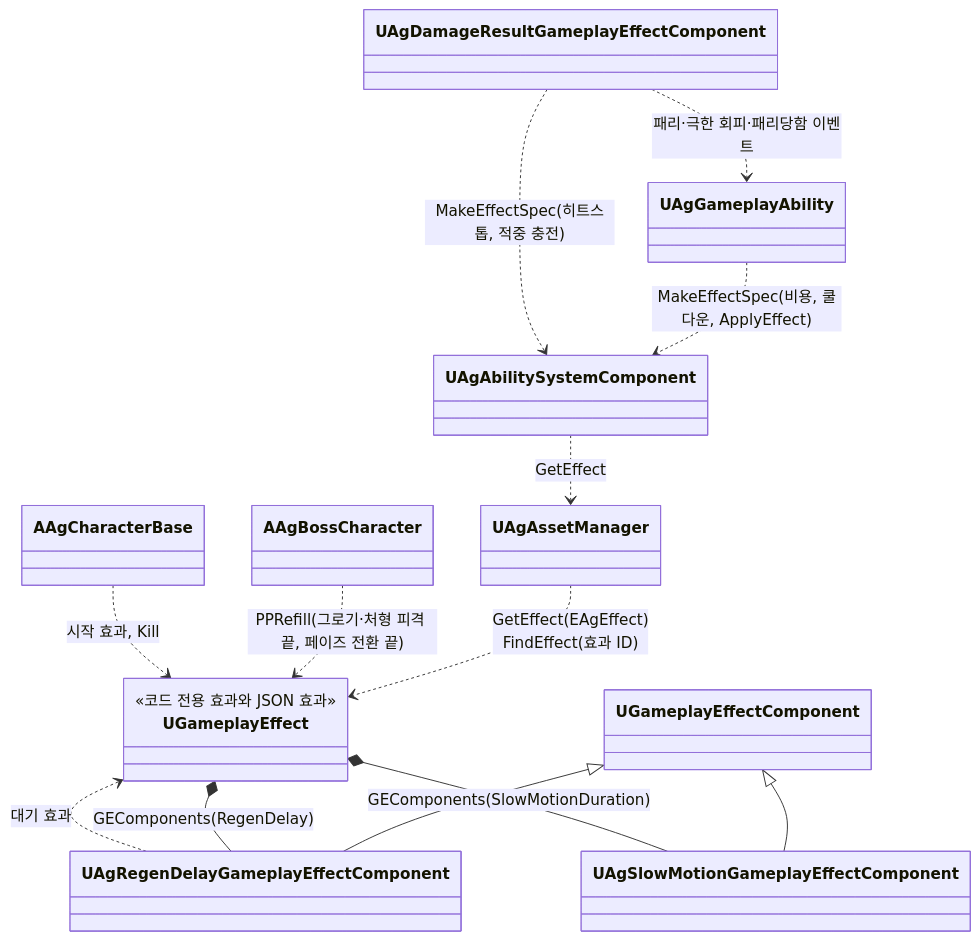
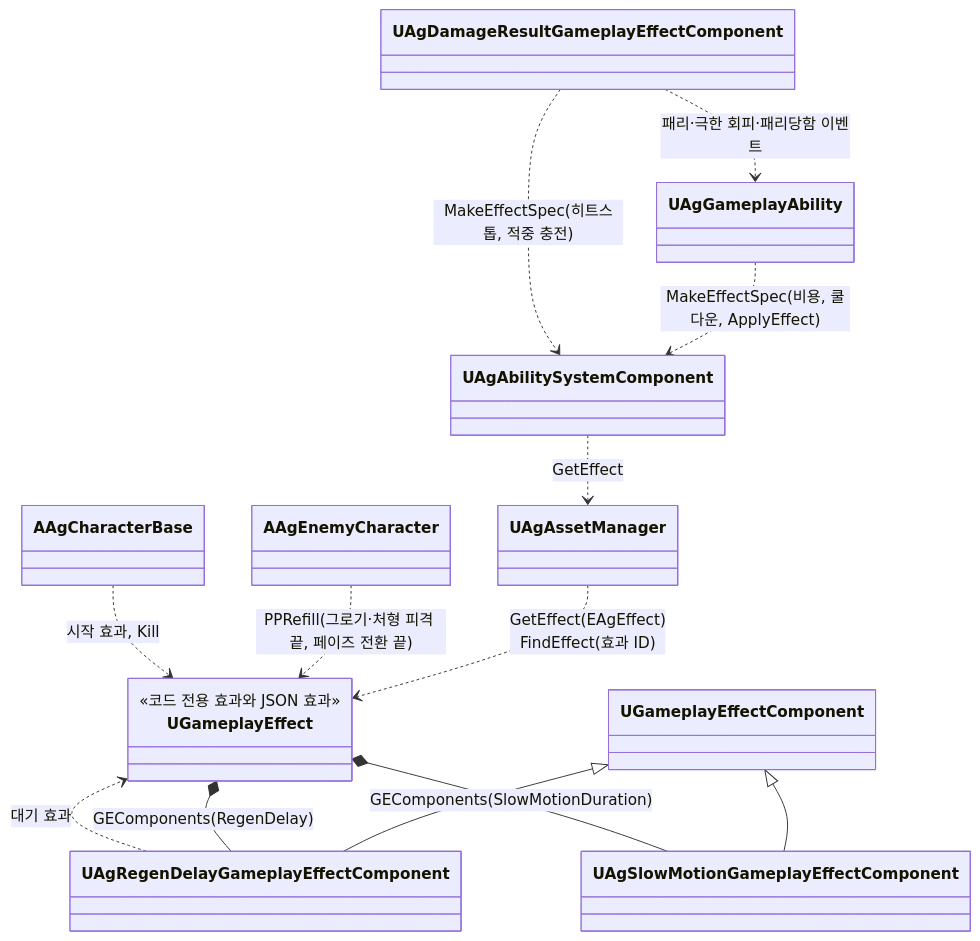
The fourth of 4 diagrams in Docs/Architecture/캐릭터 기반 구조와 GAS.md (Woogl/Ag), drawn with Mermaid before and after one commit. The commit also changed other lines of this file and 23 other files, not shown here.

````diff
--- a/Docs/Architecture/캐릭터 기반 구조와 GAS.md
+++ b/Docs/Architecture/캐릭터 기반 구조와 GAS.md
@@ -132,19 +138,19 @@
 ```mermaid
 classDiagram
     direction TB
     class UGameplayEffect {
         <<코드 전용 효과와 JSON 효과>>
     }
     UAgAssetManager ..> UGameplayEffect : GetEffect(EAgEffect)<br>FindEffect(효과 ID)
     UGameplayEffectComponent <|-- UAgRegenDelayGameplayEffectComponent
     UGameplayEffect *-- UAgRegenDelayGameplayEffectComponent : GEComponents(RegenDelay)
     UAgRegenDelayGameplayEffectComponent ..> UGameplayEffect : 대기 효과
     UGameplayEffectComponent <|-- UAgSlowMotionGameplayEffectComponent
     UGameplayEffect *-- UAgSlowMotionGameplayEffectComponent : GEComponents(SlowMotionDuration)
     UAgAbilitySystemComponent ..> UAgAssetManager : GetEffect
     UAgGameplayAbility ..> UAgAbilitySystemComponent : MakeEffectSpec(비용, 쿨다운, ApplyEffect)
     UAgDamageResultGameplayEffectComponent ..> UAgAbilitySystemComponent : MakeEffectSpec(히트스톱, 적중 충전)
     UAgDamageResultGameplayEffectComponent ..> UAgGameplayAbility : 패리·극한 회피·패리당함 이벤트
-    AAgBossCharacter ..> UGameplayEffect : PPRefill(그로기·처형 피격 끝, 페이즈 전환 끝)
+    AAgEnemyCharacter ..> UGameplayEffect : PPRefill(그로기·처형 피격 끝, 페이즈 전환 끝)
     AAgCharacterBase ..> UGameplayEffect : 시작 효과, Kill
 ```
````
